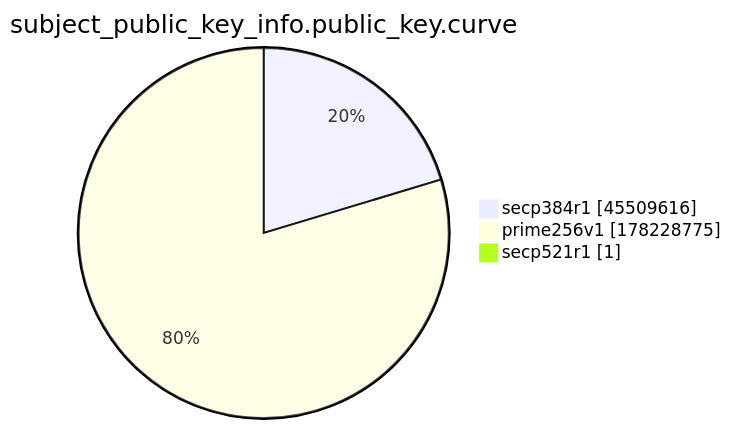
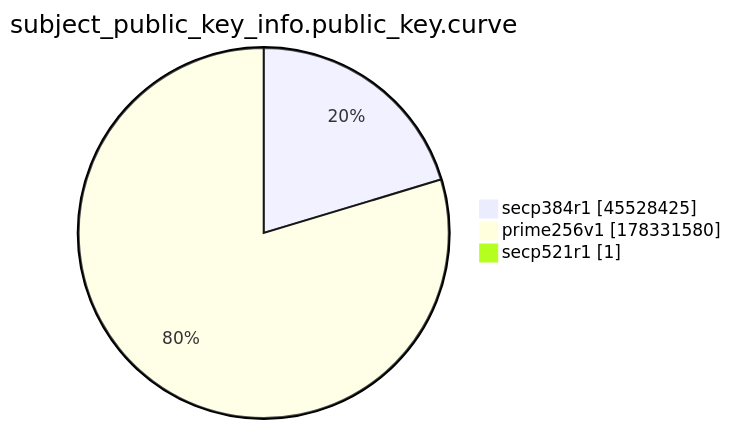
One commit to christiankrug/ctmonitor_visualization changed the ninth of 15 diagrams in xenon2022/README.md. Above: the diagram before and after it, drawn with Mermaid. The commit also changed other lines of this file, not shown here.

````diff
--- a/xenon2022/README.md
+++ b/xenon2022/README.md
@@ -2873,7 +2873,7 @@
 ```mermaid
 pie showData
 title subject_public_key_info.public_key.curve
-"secp384r1" :45509616
-"prime256v1" :178228775
+"secp384r1" :45528425
+"prime256v1" :178331580
 "secp521r1" :1
 ```
````
